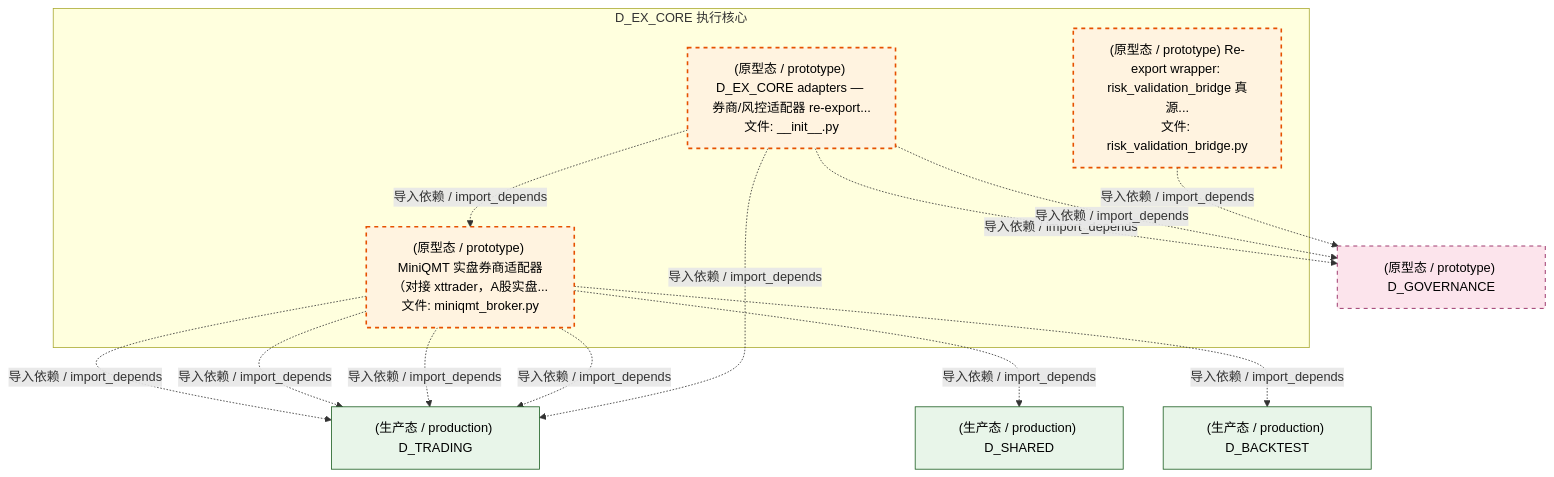
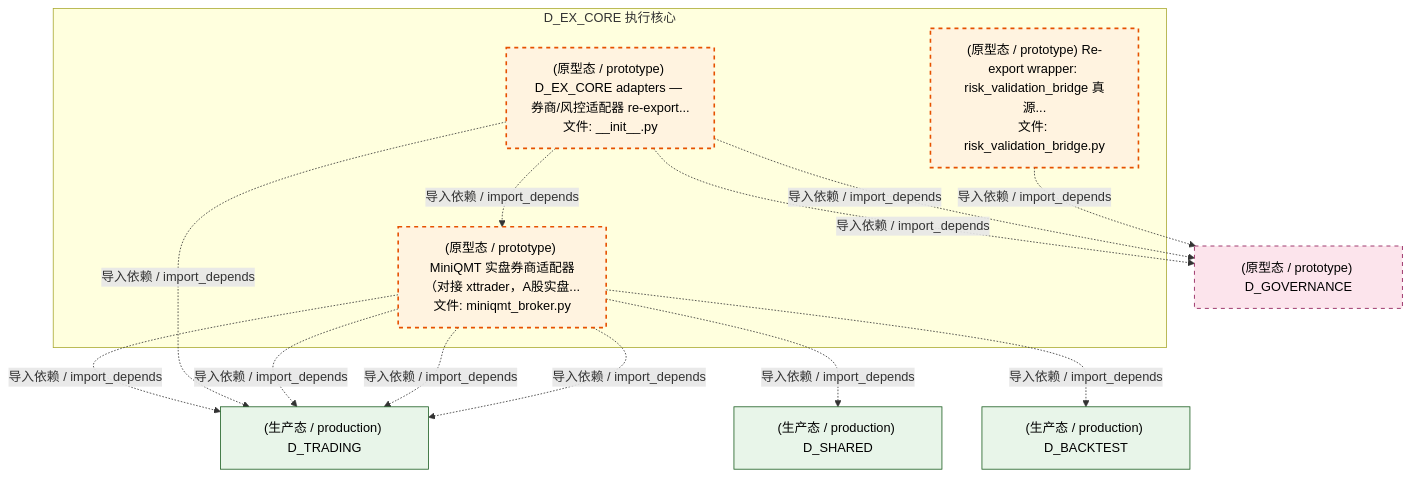
The fourth of 5 diagrams in docs/02_enterprise_architecture/02_domain_architecture_docs/34_d_ex_core.md (xuanFelixVan/ZephyrAlpha), drawn with Mermaid before and after one commit. The commit also changed other lines of this file and 97 other files, not shown here.

````diff
--- a/docs/02_enterprise_architecture/02_domain_architecture_docs/34_d_ex_core.md
+++ b/docs/02_enterprise_architecture/02_domain_architecture_docs/34_d_ex_core.md
@@ -184,30 +184,30 @@
 ```mermaid
 graph TD
     subgraph D_EX_CORE["D_EX_CORE 执行核心"]
         src_zephyr_ex_core_adapters_init_py["(原型态 / prototype) D_EX_CORE adapters — 券商/风控适配器 re-export...<br/>文件: __init__.py"]
         src_zephyr_ex_core_adapters_miniqmt_broker_py["(原型态 / prototype) MiniQMT 实盘券商适配器（对接 xttrader，A股实盘...<br/>文件: miniqmt_broker.py"]
         src_zephyr_ex_core_adapters_risk_validation_bridge_py["(原型态 / prototype) Re-export wrapper: risk_validation_bridge 真源...<br/>文件: risk_validation_bridge.py"]
     end
     src_zephyr_ex_core_adapters_init_py -.->|导入依赖 / import_depends| src_zephyr_ex_core_adapters_miniqmt_broker_py
     D_TRADING["(生产态 / production) D_TRADING"]
     src_zephyr_ex_core_adapters_miniqmt_broker_py -.->|导入依赖 / import_depends| D_TRADING
+    src_zephyr_ex_core_adapters_init_py -.->|导入依赖 / import_depends| D_TRADING
+    D_GOVERNANCE["(原型态 / prototype) D_GOVERNANCE"]
+    src_zephyr_ex_core_adapters_init_py -.->|导入依赖 / import_depends| D_GOVERNANCE
     D_SHARED["(生产态 / production) D_SHARED"]
     src_zephyr_ex_core_adapters_miniqmt_broker_py -.->|导入依赖 / import_depends| D_SHARED
+    src_zephyr_ex_core_adapters_init_py -.->|导入依赖 / import_depends| D_GOVERNANCE
+    src_zephyr_ex_core_adapters_risk_validation_bridge_py -.->|导入依赖 / import_depends| D_GOVERNANCE
     src_zephyr_ex_core_adapters_miniqmt_broker_py -.->|导入依赖 / import_depends| D_TRADING
     src_zephyr_ex_core_adapters_miniqmt_broker_py -.->|导入依赖 / import_depends| D_TRADING
     D_BACKTEST["(生产态 / production) D_BACKTEST"]
     src_zephyr_ex_core_adapters_miniqmt_broker_py -.->|导入依赖 / import_depends| D_BACKTEST
     src_zephyr_ex_core_adapters_miniqmt_broker_py -.->|导入依赖 / import_depends| D_TRADING
-    src_zephyr_ex_core_adapters_init_py -.->|导入依赖 / import_depends| D_TRADING
-    D_GOVERNANCE["(原型态 / prototype) D_GOVERNANCE"]
-    src_zephyr_ex_core_adapters_init_py -.->|导入依赖 / import_depends| D_GOVERNANCE
-    src_zephyr_ex_core_adapters_init_py -.->|导入依赖 / import_depends| D_GOVERNANCE
-    src_zephyr_ex_core_adapters_risk_validation_bridge_py -.->|导入依赖 / import_depends| D_GOVERNANCE
     classDef production fill:#e1f5fe,stroke:#01579b,stroke-width:2px,color:#000
     classDef design fill:#fff3e0,stroke:#e65100,stroke-width:2px,color:#000,stroke-dasharray: 5 5
     classDef external_prod fill:#e8f5e9,stroke:#1b5e20,stroke-width:1px,color:#000
     classDef external_design fill:#fce4ec,stroke:#880e4f,stroke-width:1px,color:#000,stroke-dasharray: 5 5
     class src_zephyr_ex_core_adapters_init_py,src_zephyr_ex_core_adapters_miniqmt_broker_py,src_zephyr_ex_core_adapters_risk_validation_bridge_py design
     class D_TRADING,D_SHARED,D_BACKTEST external_prod
     class D_GOVERNANCE external_design
 ```
````
